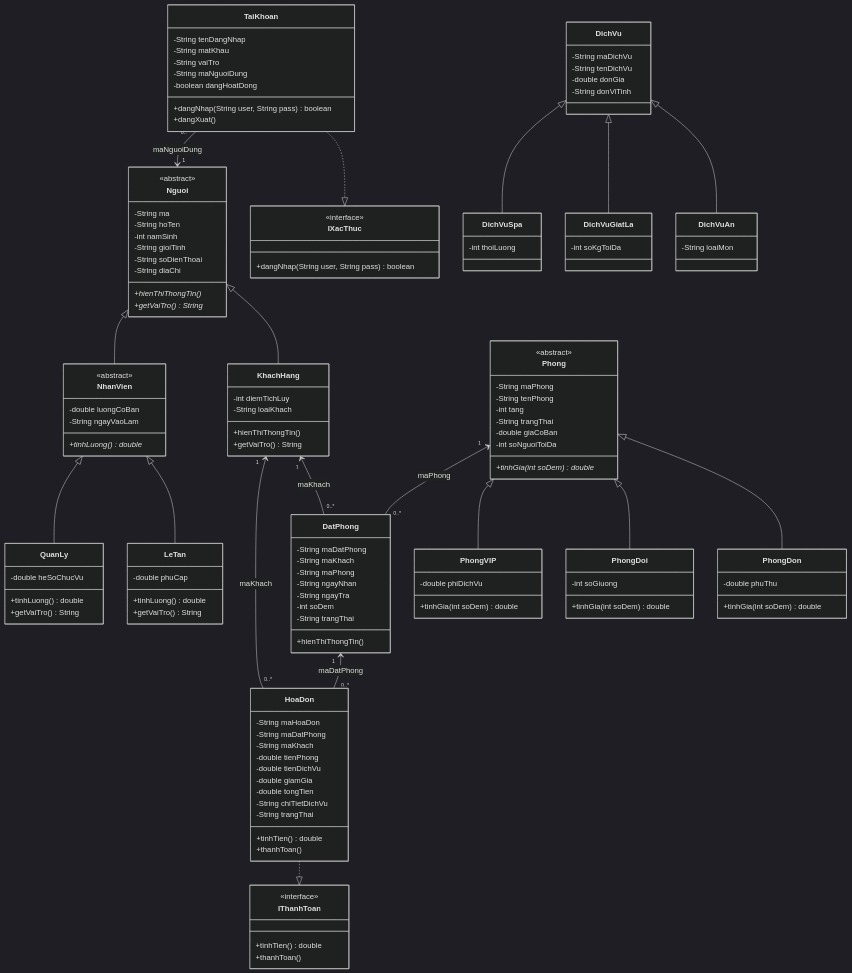
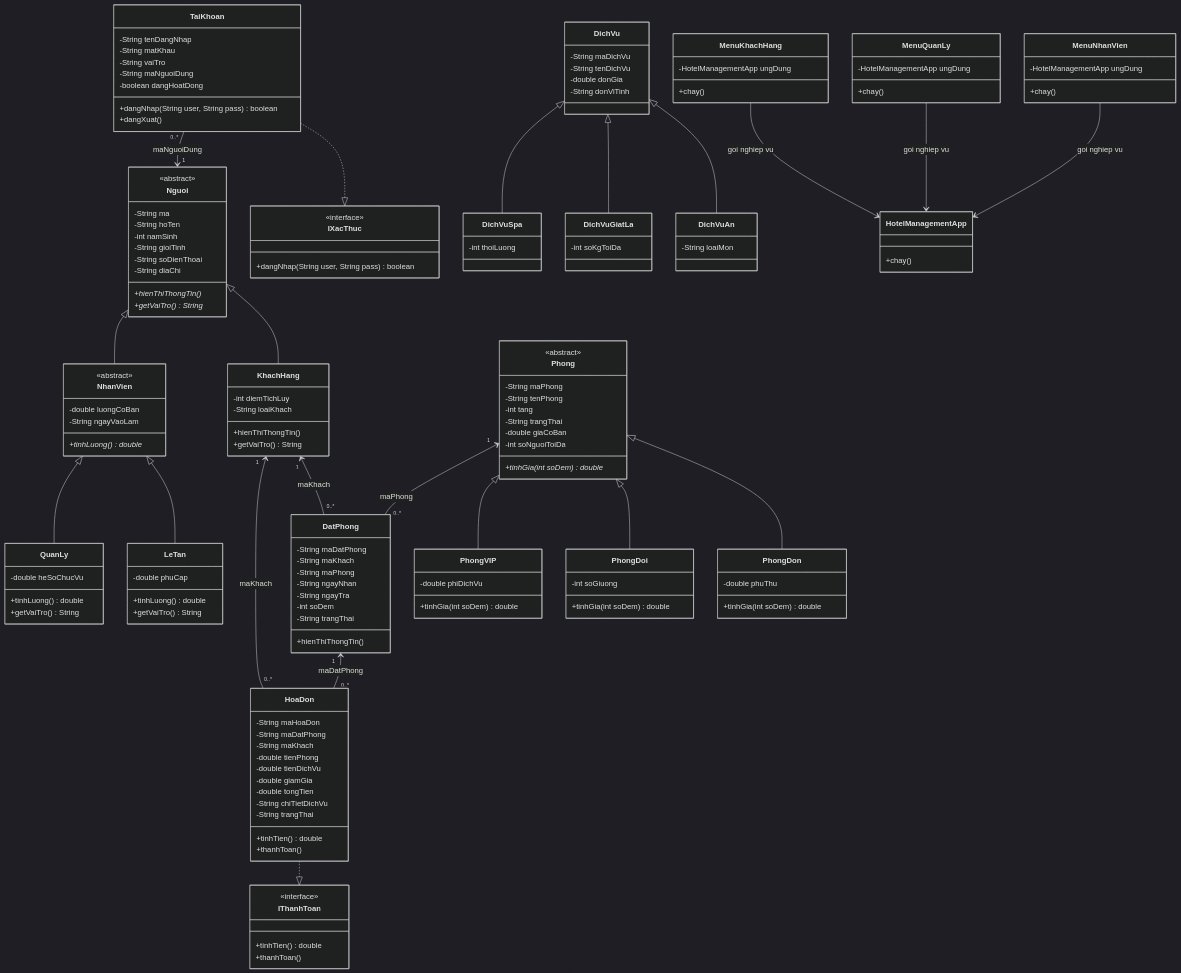
The diagram in class-diagram.md (PhuocHieuLe/HotelManagement), drawn with Mermaid (dark theme) before and after one commit. The commit also changed 7 other files, not shown here.

````diff
--- a/class-diagram.md
+++ b/class-diagram.md
@@ -131,6 +131,25 @@
         +thanhToan()
     }
 
+    class HotelManagementApp {
+        +chay()
+    }
+
+    class MenuNhanVien {
+        -HotelManagementApp ungDung
+        +chay()
+    }
+
+    class MenuQuanLy {
+        -HotelManagementApp ungDung
+        +chay()
+    }
+
+    class MenuKhachHang {
+        -HotelManagementApp ungDung
+        +chay()
+    }
+
     Nguoi <|-- KhachHang
     Nguoi <|-- NhanVien
     NhanVien <|-- LeTan
@@ -152,4 +171,7 @@
     KhachHang "1" <-- "0..*" HoaDon : maKhach
     TaiKhoan "0..*" --> "1" Nguoi : maNguoiDung
 
+    MenuNhanVien --> HotelManagementApp : goi nghiep vu
+    MenuQuanLy --> HotelManagementApp : goi nghiep vu
+    MenuKhachHang --> HotelManagementApp : goi nghiep vu
 ```
````
